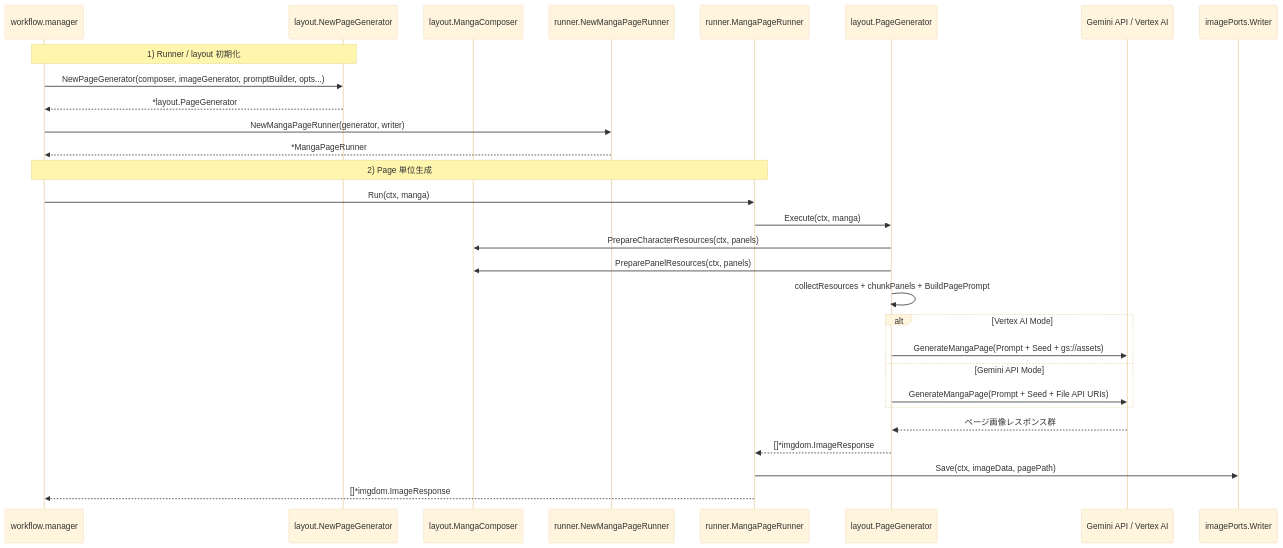
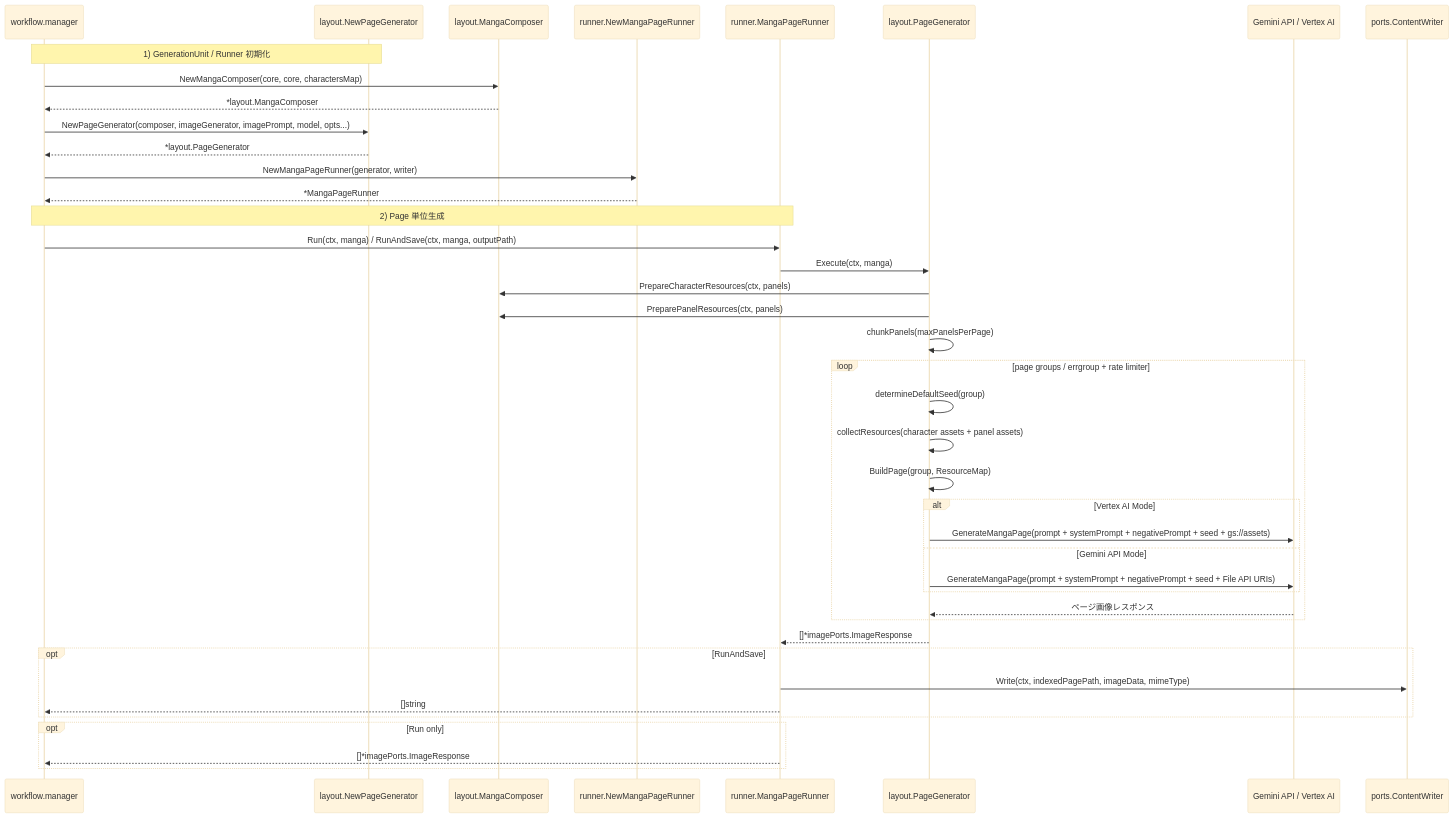
One commit to shouni/go-manga-kit changed the second of 2 diagrams in README.md. Above: the diagram before and after it, drawn with Mermaid (base theme). The commit also changed other lines of this file and 1 other file, not shown here.

Commit message:
Refactor: Update sequence diagrams in README for consistency, refine methods for `RunAndSave`, and add null-check validation for `MangaResponse` in `MangaPanelRunner.Run`

````diff
--- a/README.md
+++ b/README.md
@@ -101,36 +117,52 @@
 ```mermaid
 sequenceDiagram
   participant WF as workflow.manager
   participant LPage as layout.NewPageGenerator
   participant Composer as layout.MangaComposer
   participant PFactory as runner.NewMangaPageRunner
   participant PageRunner as runner.MangaPageRunner
   participant PageGen as layout.PageGenerator
   participant API as Gemini API / Vertex AI
-  participant Writer as imagePorts.Writer
+  participant Writer as ports.ContentWriter
 
-  Note over WF,LPage: 1) Runner / layout 初期化
-  WF->>LPage: NewPageGenerator(composer, imageGenerator, promptBuilder, opts...)
+  Note over WF,LPage: 1) GenerationUnit / Runner 初期化
+  WF->>Composer: NewMangaComposer(core, core, charactersMap)
+  Composer-->>WF: *layout.MangaComposer
+  WF->>LPage: NewPageGenerator(composer, imageGenerator, imagePrompt, model, opts...)
   LPage-->>WF: *layout.PageGenerator
   WF->>PFactory: NewMangaPageRunner(generator, writer)
   PFactory-->>WF: *MangaPageRunner
 
   Note over WF,PageRunner: 2) Page 単位生成
-  WF->>PageRunner: Run(ctx, manga)
+  WF->>PageRunner: Run(ctx, manga) / RunAndSave(ctx, manga, outputPath)
   PageRunner->>PageGen: Execute(ctx, manga)
   PageGen->>Composer: PrepareCharacterResources(ctx, panels)
   PageGen->>Composer: PreparePanelResources(ctx, panels)
-  PageGen->>PageGen: collectResources + chunkPanels + BuildPagePrompt
+  PageGen->>PageGen: chunkPanels(maxPanelsPerPage)
 
-  alt Vertex AI Mode
-    PageGen->>API: GenerateMangaPage(Prompt + Seed + gs://assets)
-  else Gemini API Mode
-    PageGen->>API: GenerateMangaPage(Prompt + Seed + File API URIs)
+  loop page groups / errgroup + rate limiter
+    PageGen->>PageGen: determineDefaultSeed(group)
+    PageGen->>PageGen: collectResources(character assets + panel assets)
+    PageGen->>PageGen: BuildPage(group, ResourceMap)
+
+    alt Vertex AI Mode
+      PageGen->>API: GenerateMangaPage(prompt + systemPrompt + negativePrompt + seed + gs://assets)
+    else Gemini API Mode
+      PageGen->>API: GenerateMangaPage(prompt + systemPrompt + negativePrompt + seed + File API URIs)
+    end
+
+    API-->>PageGen: ページ画像レスポンス
   end
 
-  API-->>PageGen: ページ画像レスポンス群
-  PageGen-->>PageRunner: []*imgdom.ImageResponse
-  PageRunner->>Writer: Save(ctx, imageData, pagePath)
-  PageRunner-->>WF: []*imgdom.ImageResponse
+  PageGen-->>PageRunner: []*imagePorts.ImageResponse
+
+  opt RunAndSave
+    PageRunner->>Writer: Write(ctx, indexedPagePath, imageData, mimeType)
+    PageRunner-->>WF: []string
+  end
+
+  opt Run only
+    PageRunner-->>WF: []*imagePorts.ImageResponse
+  end
 
 ```
````
